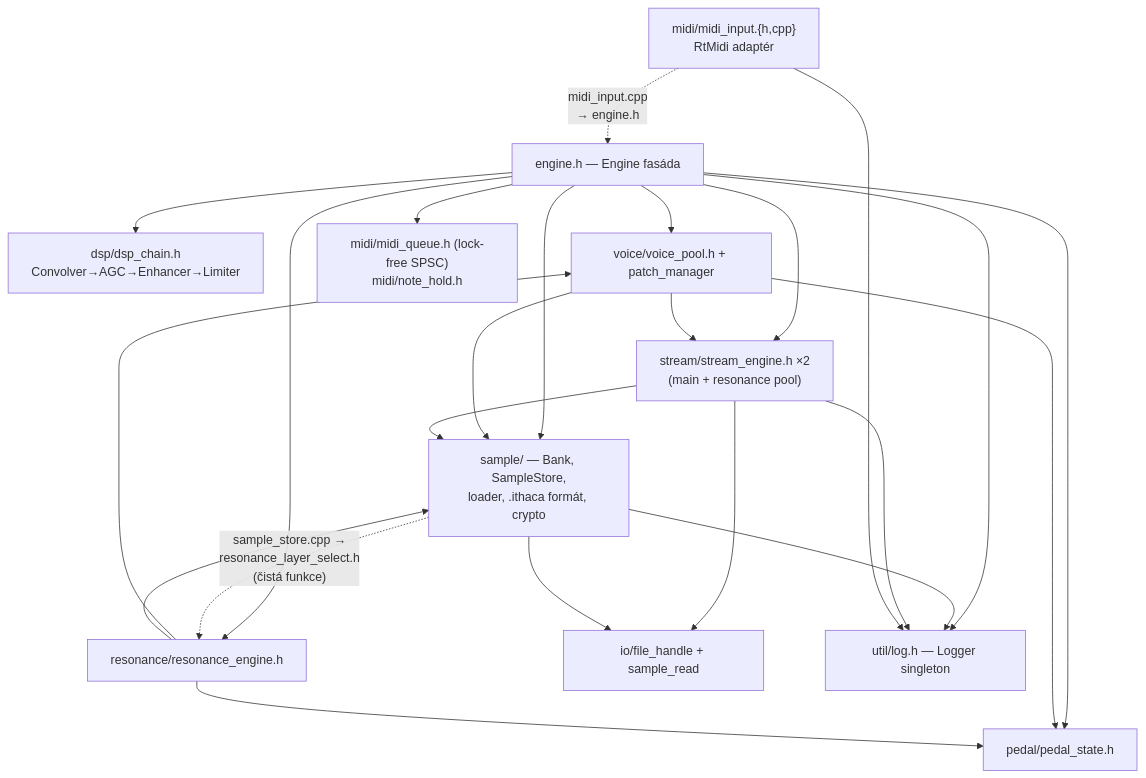
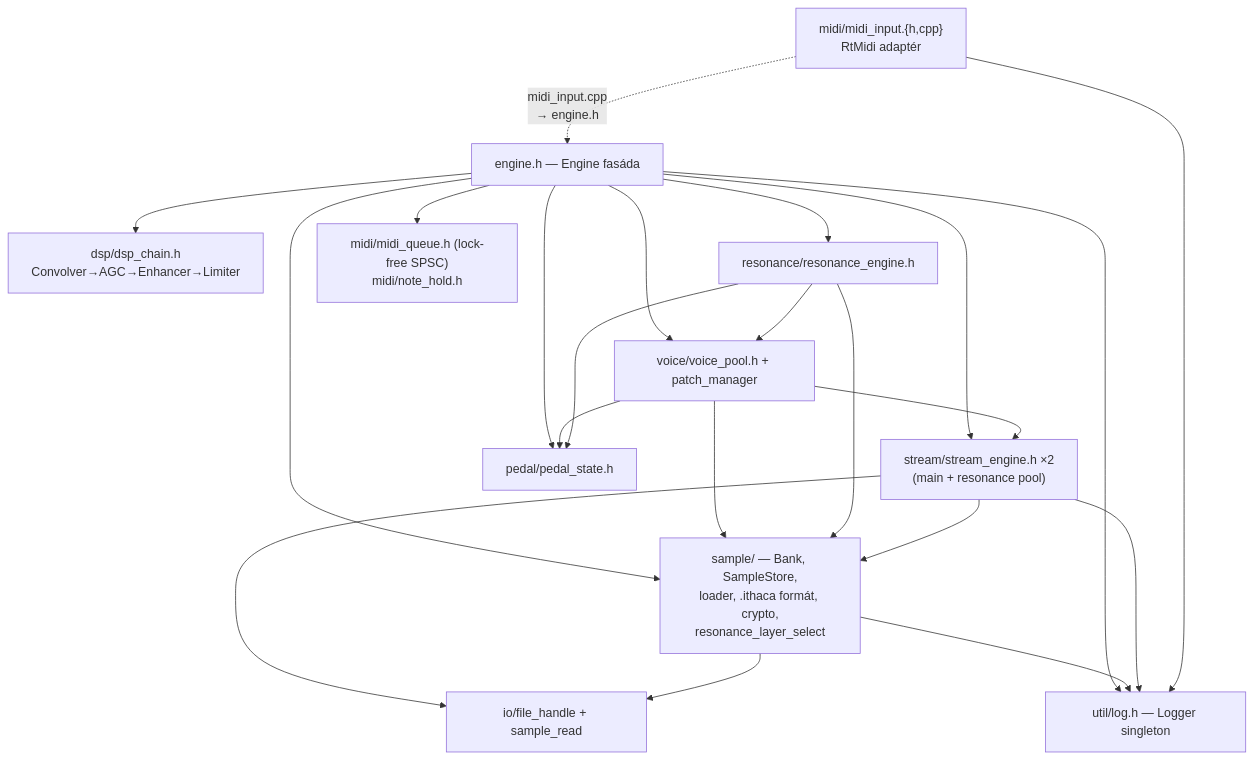
One commit to alchy/ithaca-legacy changed the second of 3 diagrams in docs/architecture/dependencies.md. Above: the diagram before and after it, drawn with Mermaid. The commit also changed other lines of this file and 4 other files, not shown here.

````diff
--- a/docs/architecture/dependencies.md
+++ b/docs/architecture/dependencies.md
@@ -83,31 +84,29 @@
 ```mermaid
 graph TD
     ENG["engine.h — Engine fasáda"]
 
     ENG --> DSPC["dsp/dsp_chain.h<br/>Convolver→AGC→Enhancer→Limiter"]
     ENG --> VP["voice/voice_pool.h + patch_manager"]
     ENG --> RE["resonance/resonance_engine.h"]
     ENG --> SE["stream/stream_engine.h ×2<br/>(main + resonance pool)"]
     ENG --> BQ["midi/midi_queue.h (lock-free SPSC)<br/>midi/note_hold.h"]
     ENG --> PS["pedal/pedal_state.h"]
-    ENG --> BANK["sample/ — Bank, SampleStore,<br/>loader, .ithaca formát, crypto"]
+    ENG --> BANK["sample/ — Bank, SampleStore,<br/>loader, .ithaca formát, crypto,<br/>resonance_layer_select"]
 
     VP --> SE
     VP --> BANK
     VP --> PS
     RE --> VP
     RE --> PS
     RE --> BANK
     SE --> BANK
     SE --> IOF["io/file_handle + sample_read"]
     BANK --> IOF
-    BANK -. "sample_store.cpp →<br/>resonance_layer_select.h<br/>(čistá funkce)" .-> RE
-
     MIDIIN["midi/midi_input.{h,cpp}<br/>RtMidi adaptér"] -. "midi_input.cpp<br/>→ engine.h" .-> ENG
 
     UTIL["util/log.h — Logger singleton"]
     ENG --> UTIL
     BANK --> UTIL
     SE --> UTIL
     MIDIIN --> UTIL
 ```
````
